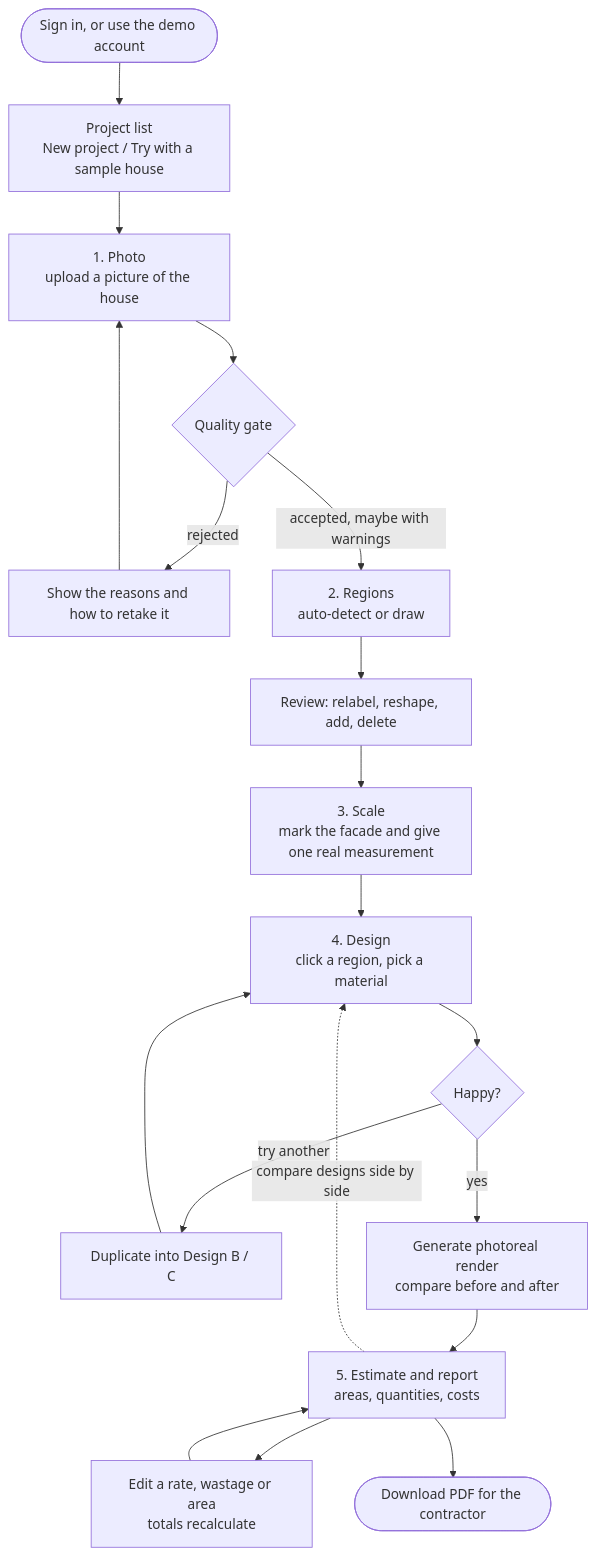
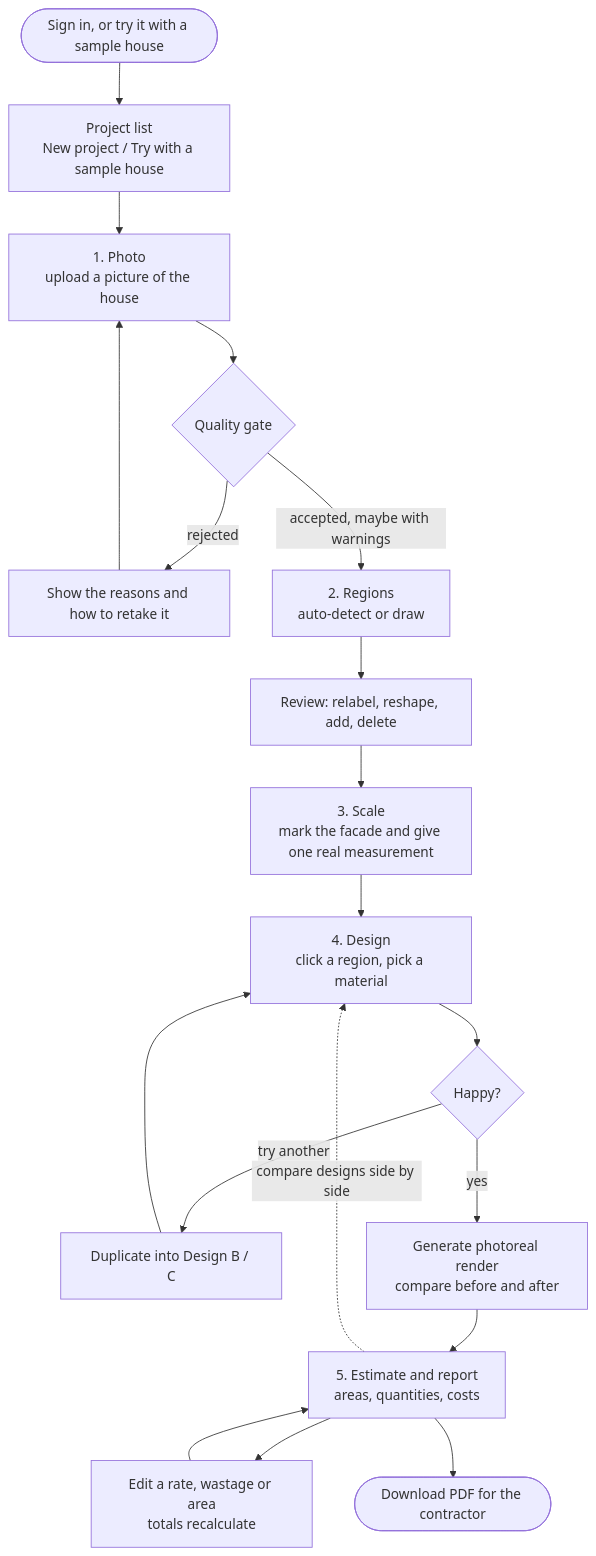
Before and after one commit to DharmikGohil/exterio: the diagram in docs/WORKFLOW.md, drawn with Mermaid. The commit also changed other lines of this file and 15 other files, not shown here.

First line of the commit message:
feat(web): redesign sign-in around trying a sample house

````diff
--- a/docs/WORKFLOW.md
+++ b/docs/WORKFLOW.md
@@ -6,17 +6,17 @@
 ```mermaid
 flowchart TD
-  S([Sign in, or use the demo account]) --> L[Project list<br/>New project / Try with a sample house]
+  S([Sign in, or try it with a sample house]) --> L[Project list<br/>New project / Try with a sample house]
   L --> A[1. Photo<br/>upload a picture of the house]
   A --> Q{Quality gate}
   Q -- rejected --> G[Show the reasons and how to retake it] --> A
   Q -- accepted, maybe with warnings --> B[2. Regions<br/>auto-detect or draw]
   B --> B2[Review: relabel, reshape, add, delete] --> C
   C[3. Scale<br/>mark the facade and give one real measurement] --> D
   D[4. Design<br/>click a region, pick a material] --> D2{Happy?}
   D2 -- try another --> D3[Duplicate into Design B / C] --> D
   D2 -- yes --> R[Generate photoreal render<br/>compare before and after]
   R --> E[5. Estimate and report<br/>areas, quantities, costs]
   E --> E2[Edit a rate, wastage or area<br/>totals recalculate] --> E
   E --> F([Download PDF for the contractor])
   E -. compare designs side by side .-> D
 ```
````
